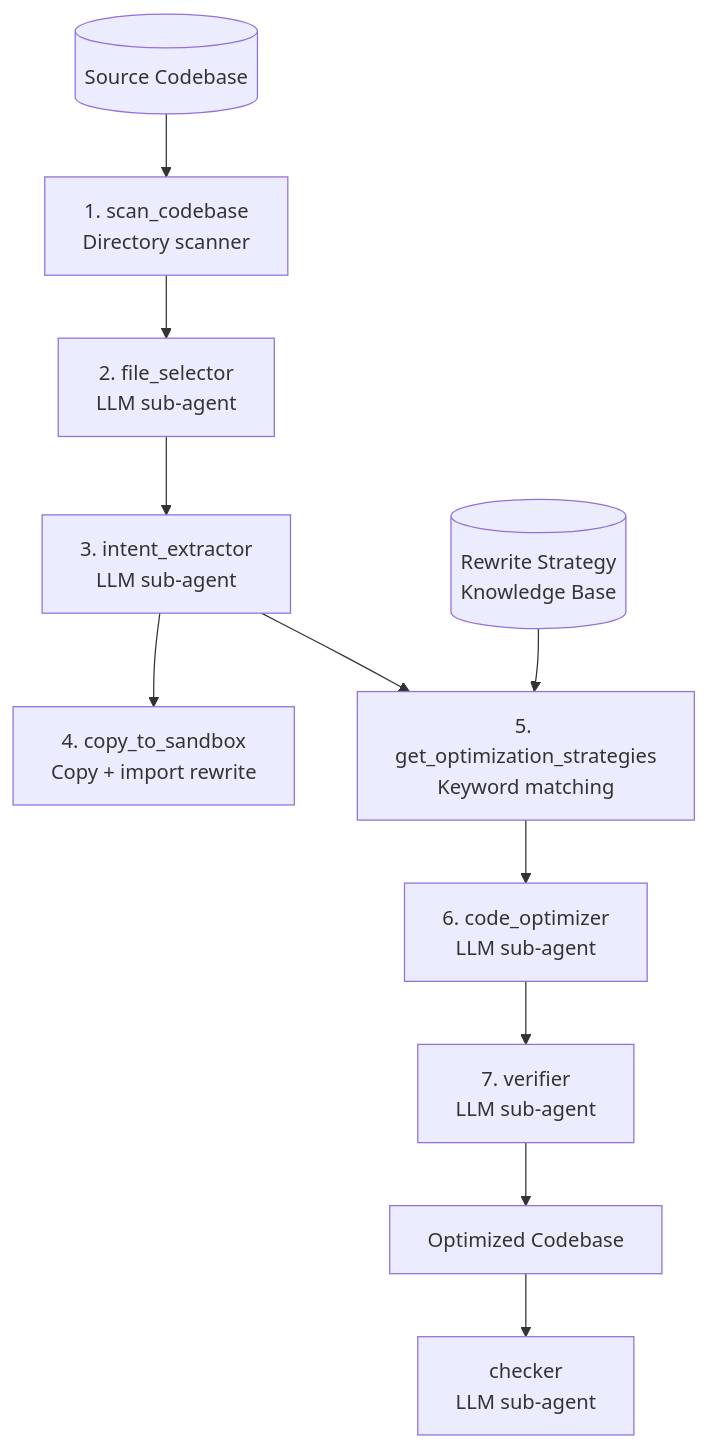
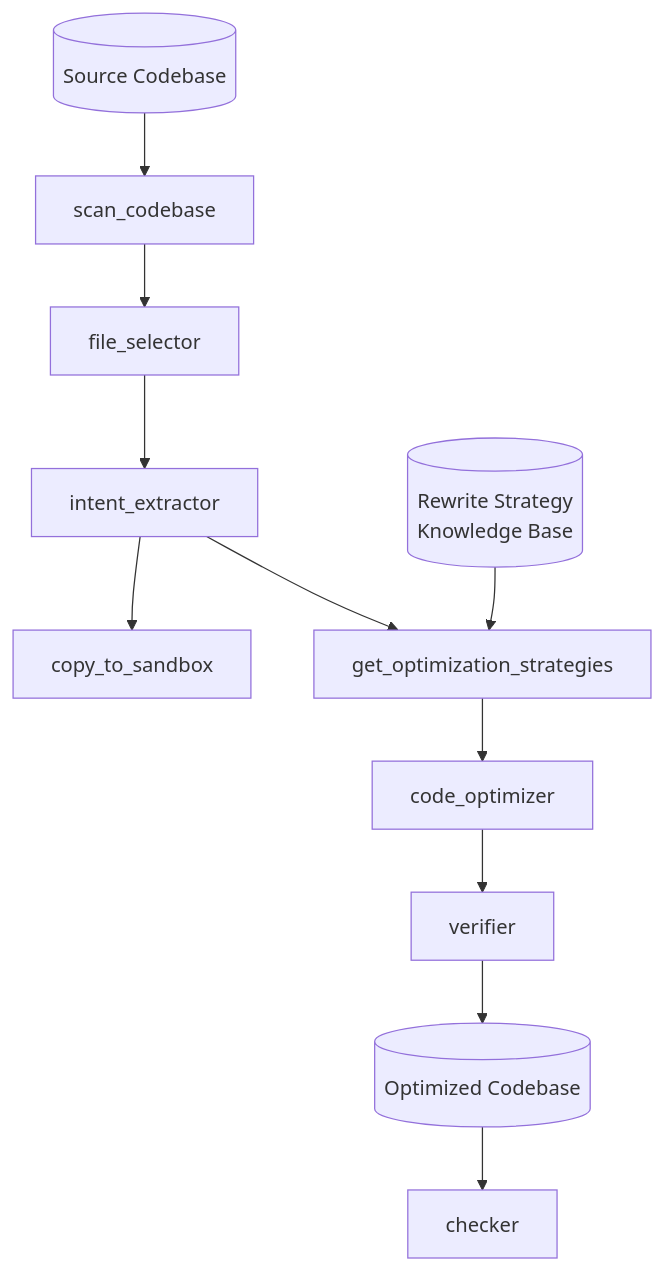
One commit to damdepot/ADCo changed the diagram in README.md. Above: the diagram before and after it, drawn with Mermaid. The commit also changed other lines of this file and 1 other file, not shown here.

````diff
--- a/README.md
+++ b/README.md
@@ -9,13 +7,13 @@
 ```mermaid
 flowchart TD
-    A[("Source Codebase")] --> B["1. scan_codebase<br/>Directory scanner"]
-    B --> C["2. file_selector<br/>LLM sub-agent"]
-    C --> D["3. intent_extractor<br/>LLM sub-agent"]
-    D --> E["4. copy_to_sandbox<br/>Copy + import rewrite"]
-    KB[("Rewrite Strategy<br/>Knowledge Base")] --> F["5. get_optimization_strategies<br/>Keyword matching"]
-    D --> F
-    F --> G["6. code_optimizer<br/>LLM sub-agent"]
-    G --> H["7. verifier<br/>LLM sub-agent"]
-    H --> I["Optimized Codebase"]
-    I --> J["checker<br/>LLM sub-agent"]
+    A[("Source Codebase")] --> B["scan_codebase"]
+    B --> C["file_selector"]
+    C --> D["intent_extractor"]
+    D --> E["copy_to_sandbox"]
+    D --> F["get_optimization_strategies"]
+    KB[("Rewrite Strategy<br/>Knowledge Base")] --> F
+    F --> G["code_optimizer"]
+    G --> H["verifier"]
+    H --> I[("Optimized Codebase")]
+    I --> J["checker"]
 ```
````
